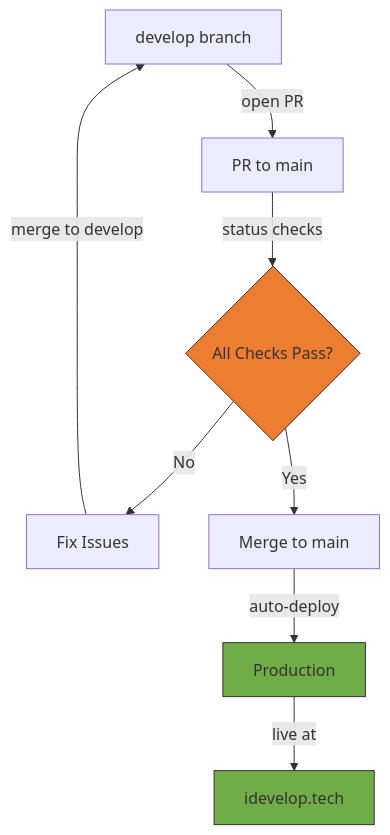
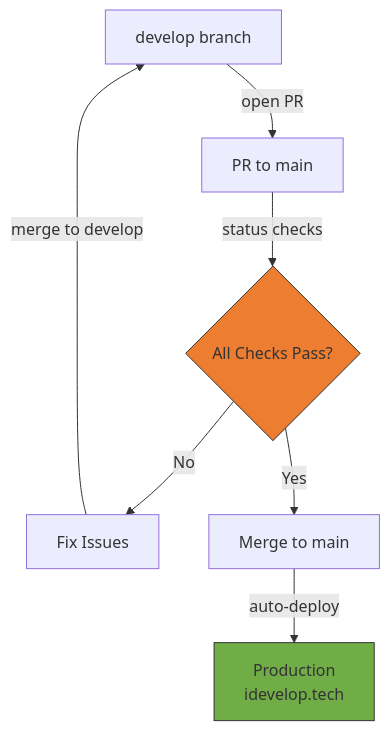
The third of 4 diagrams in README.md (mattlucian/idevelop.tech), drawn with Mermaid before and after one commit. The commit also changed other lines of this file, not shown here.

Commit message:
refactor: Make diagrams 2 and 3 more compact
- Combine final deployment nodes to reduce diagram height
- Dev Environment and dev.idevelop.tech → single node
- Production and idevelop.tech → single node
- Improves visual balance across all three diagrams

🤖 Generated with [Claude Code](https://claude.com/claude-code)

````diff
--- a/README.md
+++ b/README.md
@@ -135,14 +133,12 @@
 ```mermaid
 graph TB
     A[develop branch] -->|open PR| B[PR to main]
     B -->|status checks| C{All Checks Pass?}
     C -->|No| D[Fix Issues]
     D -->|merge to develop| A
     C -->|Yes| E[Merge to main]
-    E -->|auto-deploy| F[Production]
-    F -->|live at| G[idevelop.tech]
+    E -->|auto-deploy| F[Production<br/>idevelop.tech]
 
     style C fill:#ed7d31,stroke:#333
     style F fill:#70ad47,stroke:#333
-    style G fill:#70ad47,stroke:#333
 ```
````
